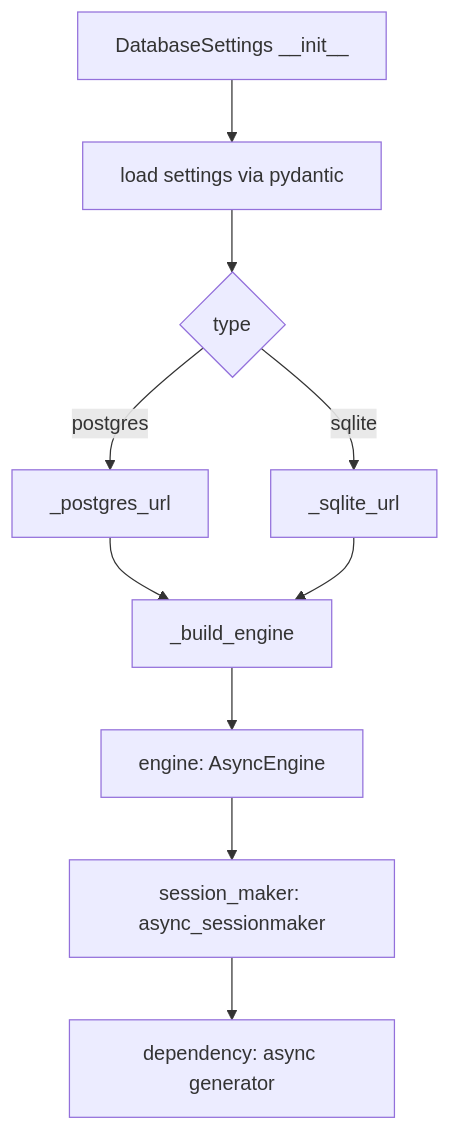
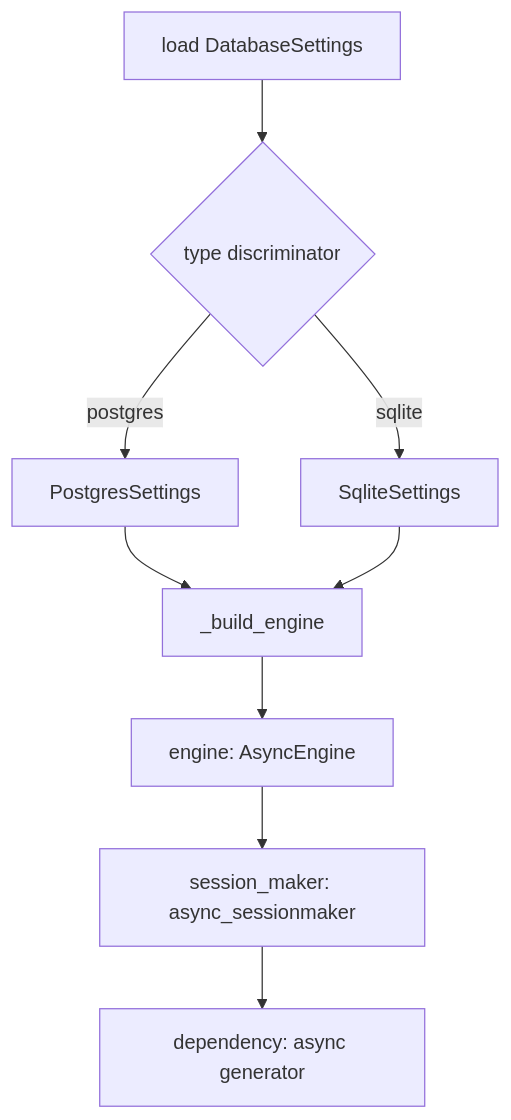
One commit to mplemay/belgie changed the first of 4 diagrams in design/005-database-settings.md. Above: the diagram before and after it, drawn with Mermaid. The commit also changed other lines of this file, not shown here.

````diff
--- a/design/005-database-settings.md
+++ b/design/005-database-settings.md
@@ -38,12 +38,11 @@
 ```mermaid
 graph TD
-    A[DatabaseSettings __init__] --> B[load settings via pydantic]
-    B --> C{type}
-    C -->|postgres| D[_postgres_url]
-    C -->|sqlite| E[_sqlite_url]
+    A[load DatabaseSettings] --> C{type discriminator}
+    C -->|postgres| D[PostgresSettings]
+    C -->|sqlite| E[SqliteSettings]
     D --> F[_build_engine]
     E --> F
     F --> G[engine: AsyncEngine]
     G --> H[session_maker: async_sessionmaker]
     H --> I[dependency: async generator]
 ```
````
